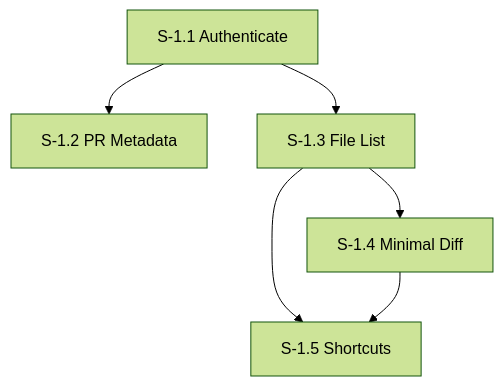
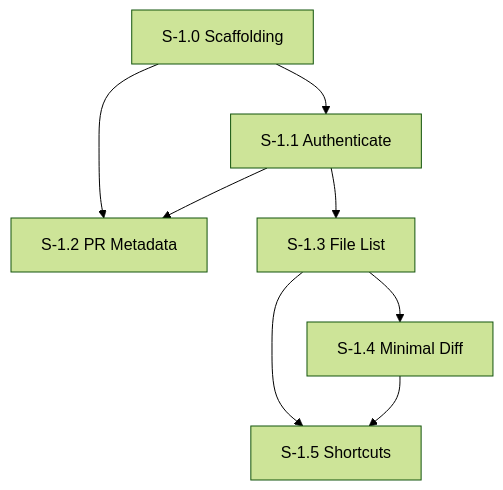
The diagram in spec/stories/milestone-1-spa-github-data.md (pedropaulovc/codjiflo), drawn with Mermaid (forest theme) before and after one commit. The commit also changed other lines of this file and 6 other files, not shown here.

Commit message:
docs: add architecture plan and scaffolding stories

````diff
--- a/spec/stories/milestone-1-spa-github-data.md
+++ b/spec/stories/milestone-1-spa-github-data.md
@@ -18,8 +21,10 @@
 ```mermaid
 graph TD
-    S1.1[S-1.1 Authenticate] --> S1.2[S-1.2 PR Metadata]
+    S1.0[S-1.0 Scaffolding] --> S1.1[S-1.1 Authenticate]
+    S1.0 --> S1.2[S-1.2 PR Metadata]
+    S1.1 --> S1.2
     S1.1 --> S1.3[S-1.3 File List]
     S1.3 --> S1.4[S-1.4 Minimal Diff]
     S1.3 --> S1.5[S-1.5 Shortcuts]
     S1.4 --> S1.5
 ```
````
